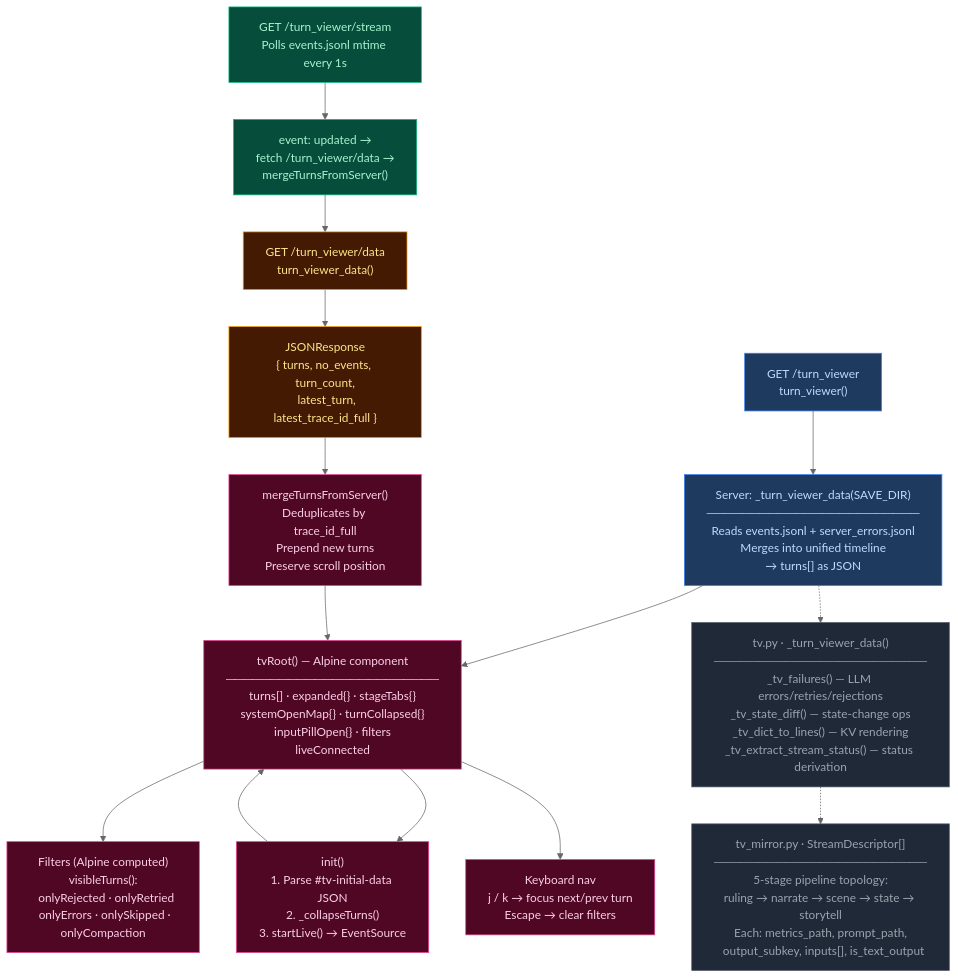
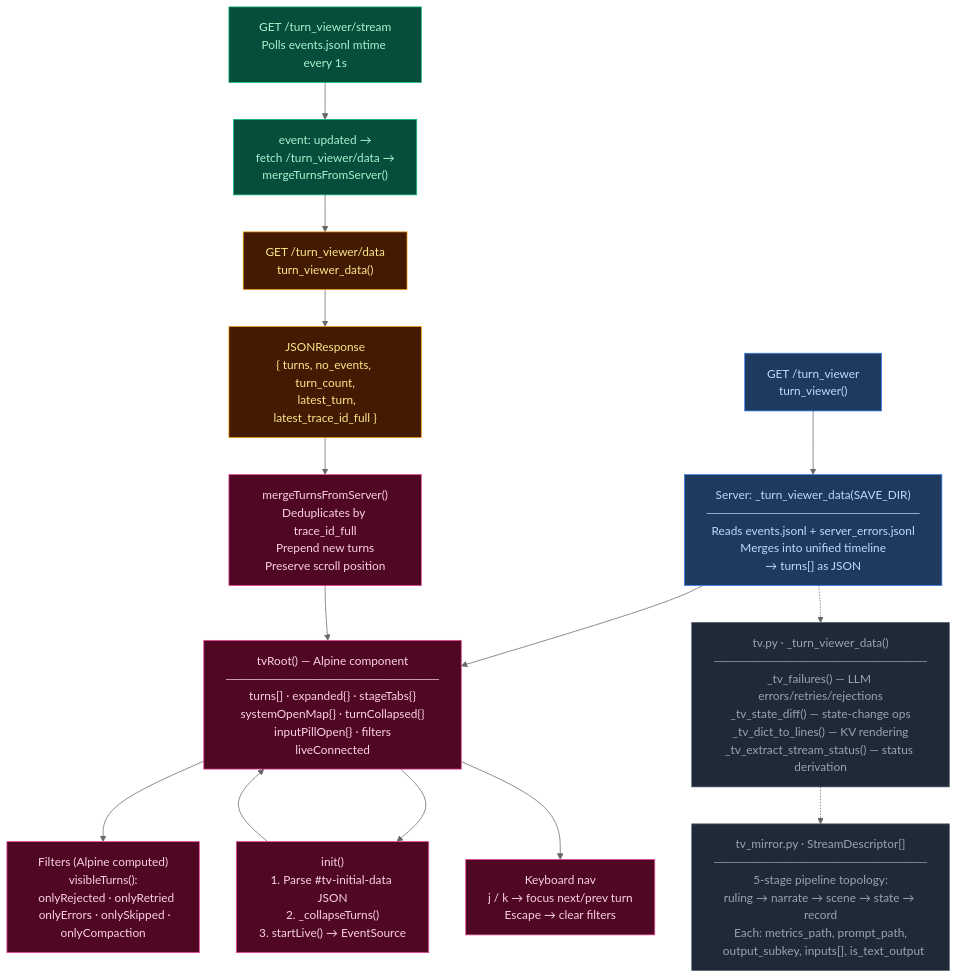
The first of 2 diagrams in docs/architecture/turn-viewer-ui.md (pww217/fablethread), drawn with Mermaid (neutral theme) before and after one commit. The commit also changed other lines of this file and 19 other files, not shown here.

````diff
--- a/docs/architecture/turn-viewer-ui.md
+++ b/docs/architecture/turn-viewer-ui.md
@@ -7,43 +7,43 @@
 ```mermaid
 flowchart TD
     classDef ssr      fill:#1e3a5f,color:#bfdbfe,stroke:#3b82f6
     classDef alpine   fill:#500724,color:#fbcfe8,stroke:#ec4899
     classDef sse      fill:#064e3b,color:#a7f3d0,stroke:#10b981
     classDef json     fill:#451a03,color:#fde68a,stroke:#f59e0b
     classDef storage  fill:#0f172a,color:#7dd3fc,stroke:#1e40af
     classDef py       fill:#1f2937,color:#9ca3af,stroke:#4b5563
 
     REQ["GET /turn_viewer<br>turn_viewer()"]:::ssr
     SSR["Server: _turn_viewer_data(SAVE_DIR)<br>────────────────────────<br>Reads events.jsonl + server_errors.jsonl<br>Merges into unified timeline<br>→ turns[] as JSON"]:::ssr
 
     REQ2["GET /turn_viewer/data<br>turn_viewer_data()"]:::json
     SNAP["JSONResponse<br>{ turns, no_events, turn_count,<br>  latest_turn, latest_trace_id_full }"]:::json
 
     STREAM_SSE["GET /turn_viewer/stream<br>Polls events.jsonl mtime every 1s"]:::sse
     EV_UPDATED["event: updated →<br>fetch /turn_viewer/data →<br>mergeTurnsFromServer()"]:::sse
 
     TV["tvRoot() — Alpine component<br>────────────────────────<br>turns[] · expanded{} · stageTabs{}<br>systemOpenMap{} · turnCollapsed{}<br>inputPillOpen{} · filters<br>liveConnected"]:::alpine
 
     INIT["init()<br>1. Parse #tv-initial-data JSON<br>2. _collapseTurns()<br>3. startLive() → EventSource"]:::alpine
 
     MERGE["mergeTurnsFromServer()<br>Deduplicates by trace_id_full<br>Prepend new turns<br>Preserve scroll position"]:::alpine
 
     TVDATA["tv.py · _turn_viewer_data()<br>────────────────────────<br>_tv_failures() — LLM errors/retries/rejections<br>_tv_state_diff() — state-change ops<br>_tv_dict_to_lines() — KV rendering<br>_tv_extract_stream_status() — status derivation"]:::py
 
-    MIRROR["tv_mirror.py · StreamDescriptor[]<br>────────────────────────<br>5-stage pipeline topology:<br>ruling → narrate → scene → state → storytell<br>Each: metrics_path, prompt_path,<br>  output_subkey, inputs[], is_text_output"]:::py
+    MIRROR["tv_mirror.py · StreamDescriptor[]<br>────────────────────────<br>5-stage pipeline topology:<br>ruling → narrate → scene → state → record<br>Each: metrics_path, prompt_path,<br>  output_subkey, inputs[], is_text_output"]:::py
 
     REQ --> SSR
     SSR --> TV --> INIT
     INIT --> TV
 
     STREAM_SSE --> EV_UPDATED --> REQ2 --> SNAP --> MERGE --> TV
 
     SSR -.-> TVDATA
     TVDATA -.-> MIRROR
 
     FILTER["Filters (Alpine computed)<br>visibleTurns():<br>  onlyRejected · onlyRetried<br>  onlyErrors · onlySkipped · onlyCompaction"]:::alpine
     NAV["Keyboard nav<br>j / k → focus next/prev turn<br>Escape → clear filters"]:::alpine
 
     TV --> FILTER
     TV --> NAV
 ```
````
